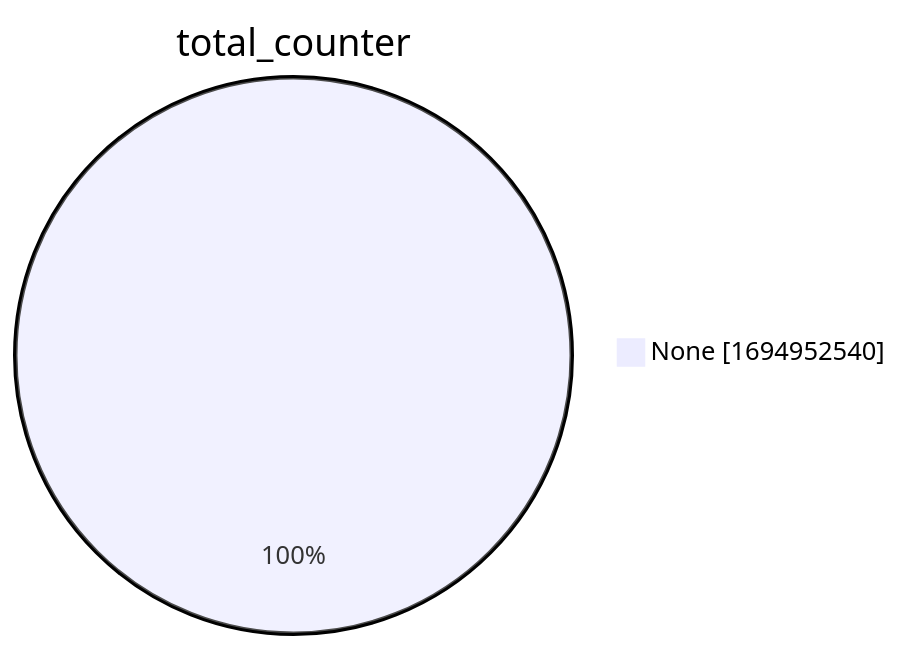
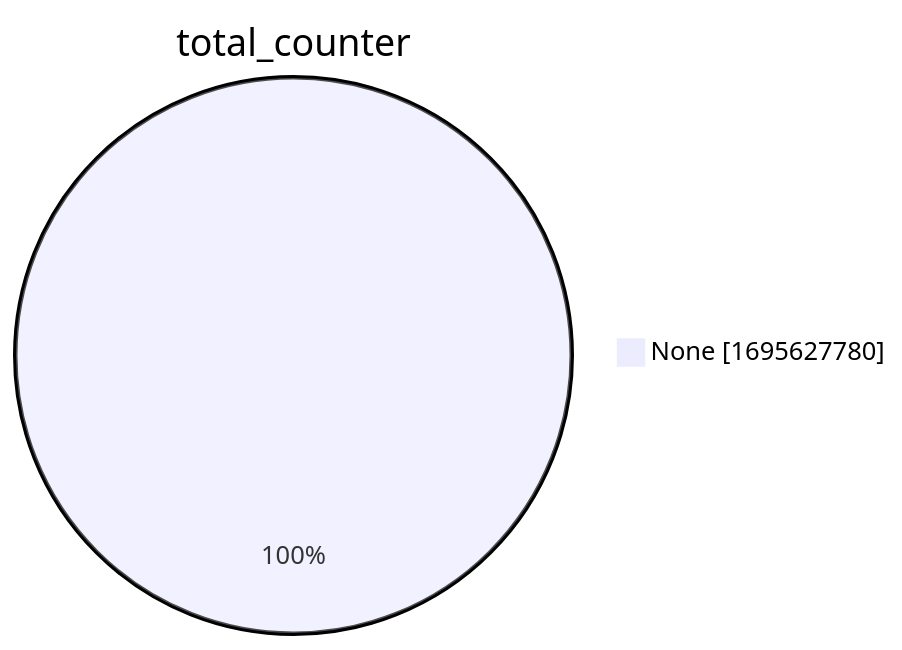
Before and after one commit to christiankrug/ctmonitor_visualization: the second of 15 diagrams in xenon2022/README.md, drawn with Mermaid. The commit also changed other lines of this file, not shown here.

````diff
--- a/xenon2022/README.md
+++ b/xenon2022/README.md
@@ -9,5 +9,5 @@
 ```mermaid
 pie showData
 title total_counter
-"None" :1694952540
+"None" :1695627780
 ```
````
